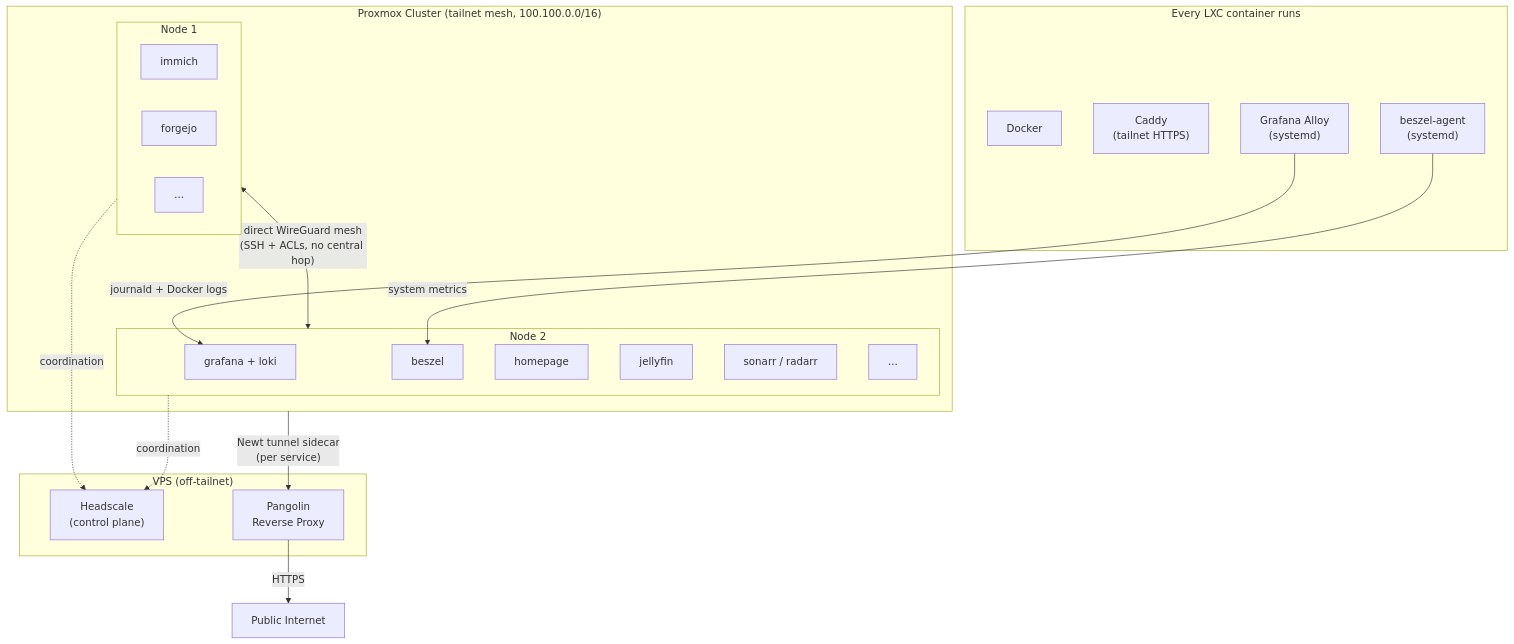
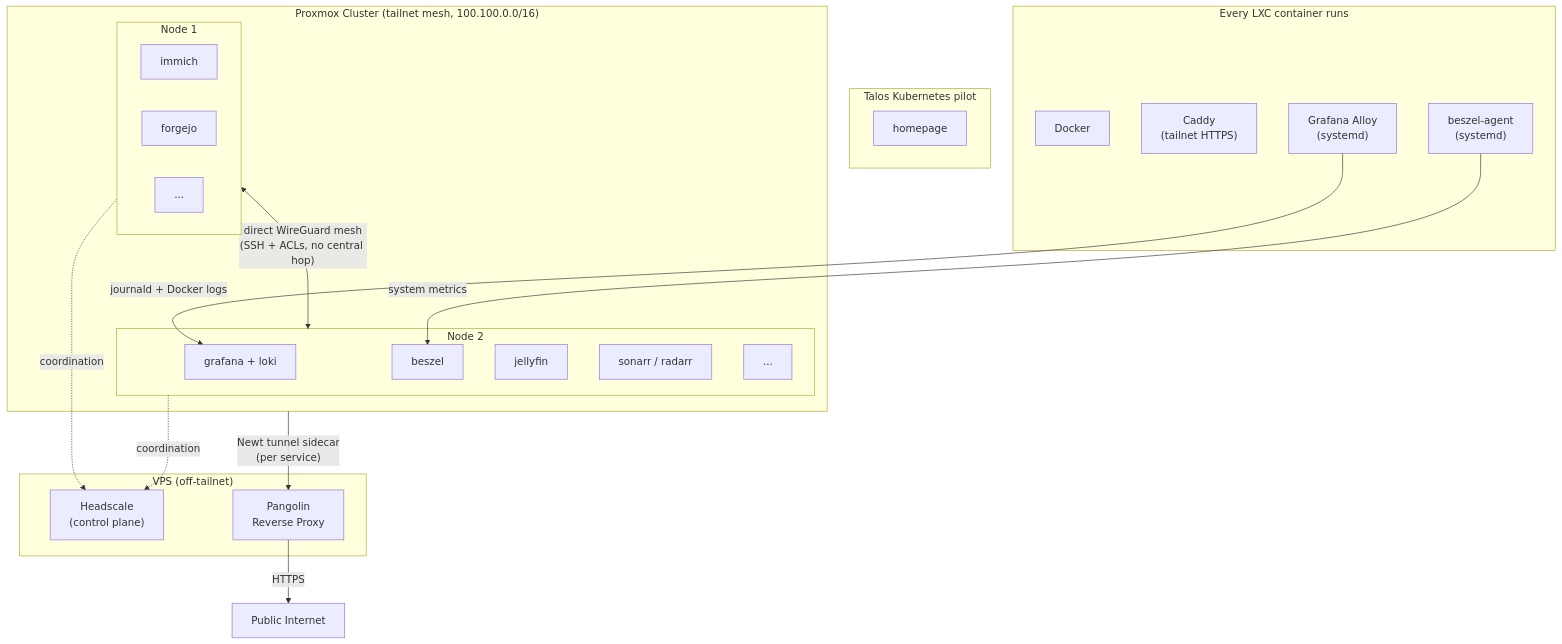
One commit to davegallant/homelab changed the diagram in README.md. Above: the diagram before and after it, drawn with Mermaid. The commit also changed other lines of this file and 41 other files, not shown here.

````diff
--- a/README.md
+++ b/README.md
@@ -14,39 +14,42 @@
 ```mermaid
 graph TD
     subgraph VPS["VPS (off-tailnet)"]
         headscale["Headscale\n(control plane)"]
         pangolin["Pangolin\nReverse Proxy"]
     end
 
     subgraph Proxmox["Proxmox Cluster (tailnet mesh, 100.100.0.0/16)"]
         subgraph N1["Node 1"]
             immich["immich"]
             forgejo["forgejo"]
             n1etc["..."]
         end
         subgraph N2["Node 2"]
             grafana["grafana + loki"]
             beszel["beszel"]
-            homepage["homepage"]
             jellyfin["jellyfin"]
             sonarr["sonarr / radarr"]
             n2etc["..."]
         end
         N1 <-->|"direct WireGuard mesh\n(SSH + ACLs, no central hop)"| N2
+    end
+
+    subgraph Talos["Talos Kubernetes pilot"]
+        homepage["homepage"]
     end
 
     N1 -.->|"coordination"| headscale
     N2 -.->|"coordination"| headscale
     Proxmox -->|"Newt tunnel sidecar\n(per service)"| pangolin
     pangolin -->|"HTTPS"| internet["Public Internet"]
 
     subgraph PerHost["Every LXC container runs"]
         docker["Docker"]
         caddy["Caddy\n(tailnet HTTPS)"]
         alloy["Grafana Alloy\n(systemd)"]
         beszelagent["beszel-agent\n(systemd)"]
     end
 
     alloy -->|"journald + Docker logs"| grafana
     beszelagent -->|"system metrics"| beszel
 ```
````
